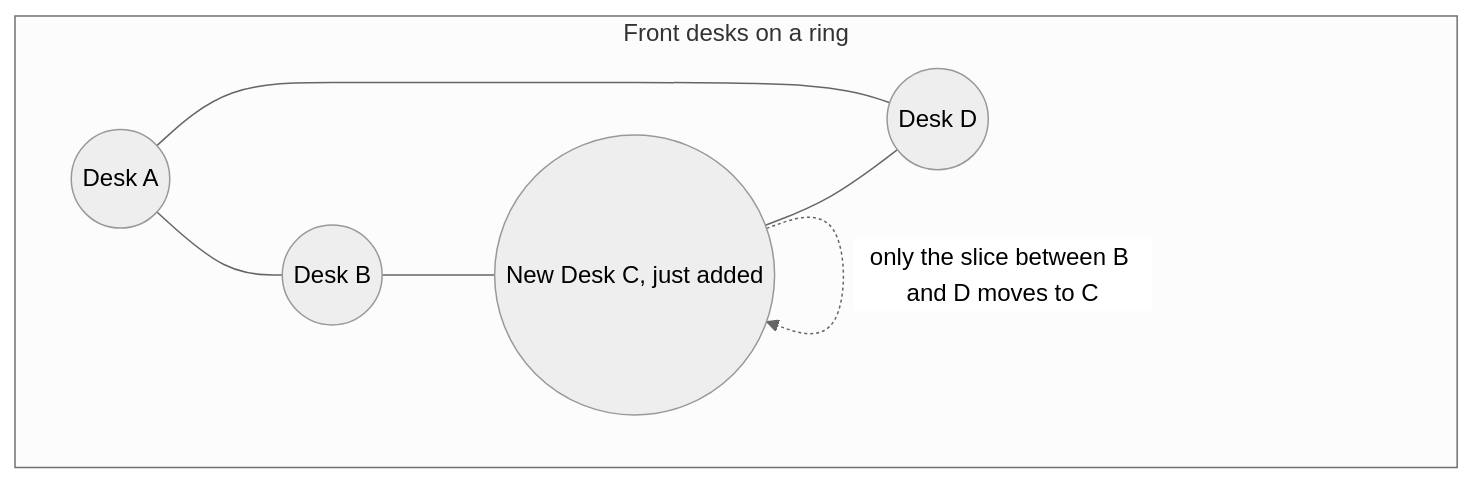
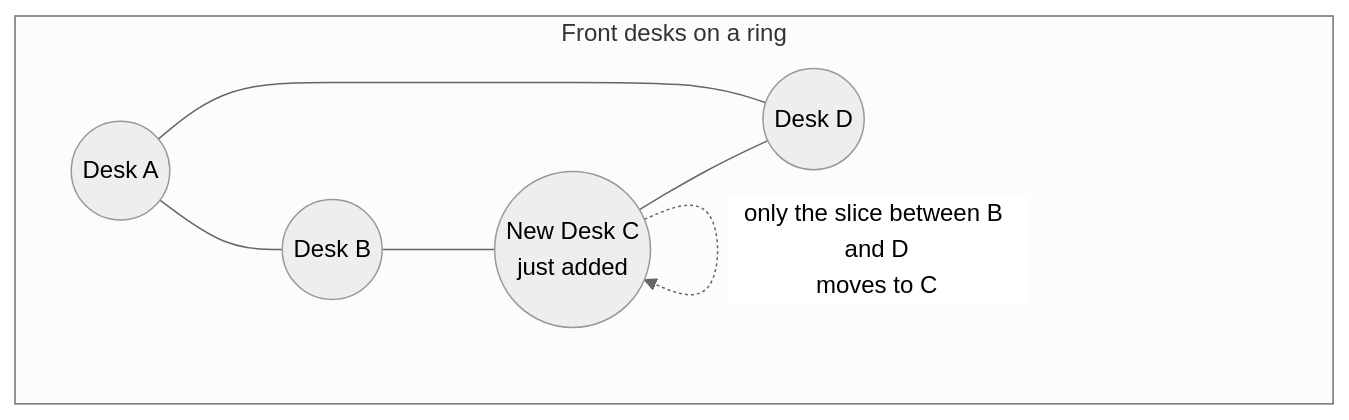
One commit to riyaz-pasha/Learnings changed the eighth of 19 diagrams in system-design/HLD/0-course/36-WhatsApp-FAANG-Guide-story.md. Above: the diagram before and after it, drawn with Mermaid (neutral theme). The commit also changed other lines of this file and 5 other files, not shown here.

Commit message:
[REWRITE] Design Newsfeed story guide: simplify prose, add structure, fix diagrams

````diff
--- a/system-design/HLD/0-course/36-WhatsApp-FAANG-Guide-story.md
+++ b/system-design/HLD/0-course/36-WhatsApp-FAANG-Guide-story.md
@@ -151,8 +321,8 @@
 ```mermaid
 flowchart LR
     subgraph Ring["Front desks on a ring"]
         direction LR
-        FD1((Desk A)) --- FD2((Desk B)) --- FD3((New Desk C, just added)) --- FD4((Desk D)) --- FD1
+        FD1(("Desk A")) --- FD2(("Desk B")) --- FD3(("New Desk C<br/>just added")) --- FD4(("Desk D")) --- FD1
     end
-    FD3 -.->|"only the slice between B and D moves to C"| FD3
+    FD3 -.->|"only the slice between B and D<br/>moves to C"| FD3
 ```
````
